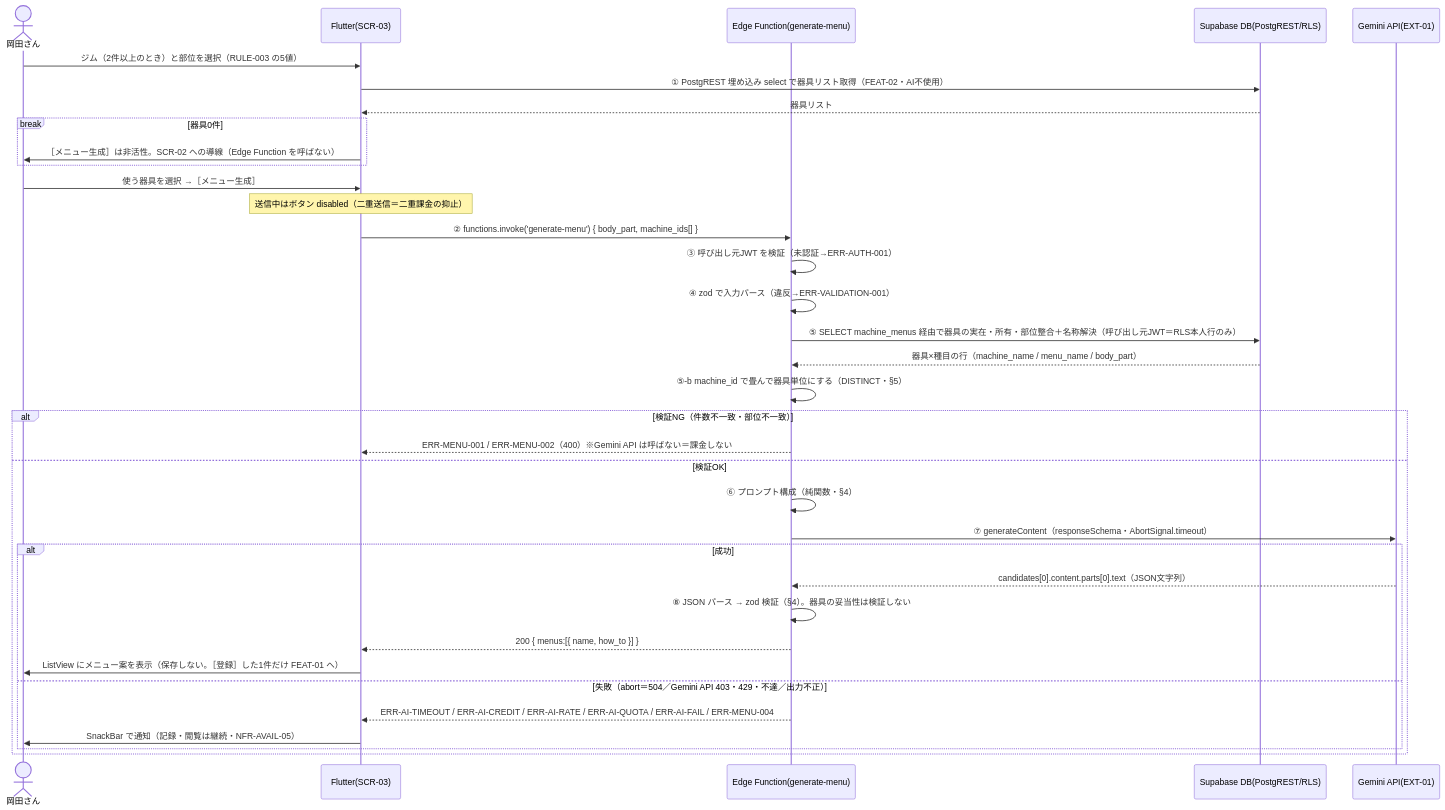
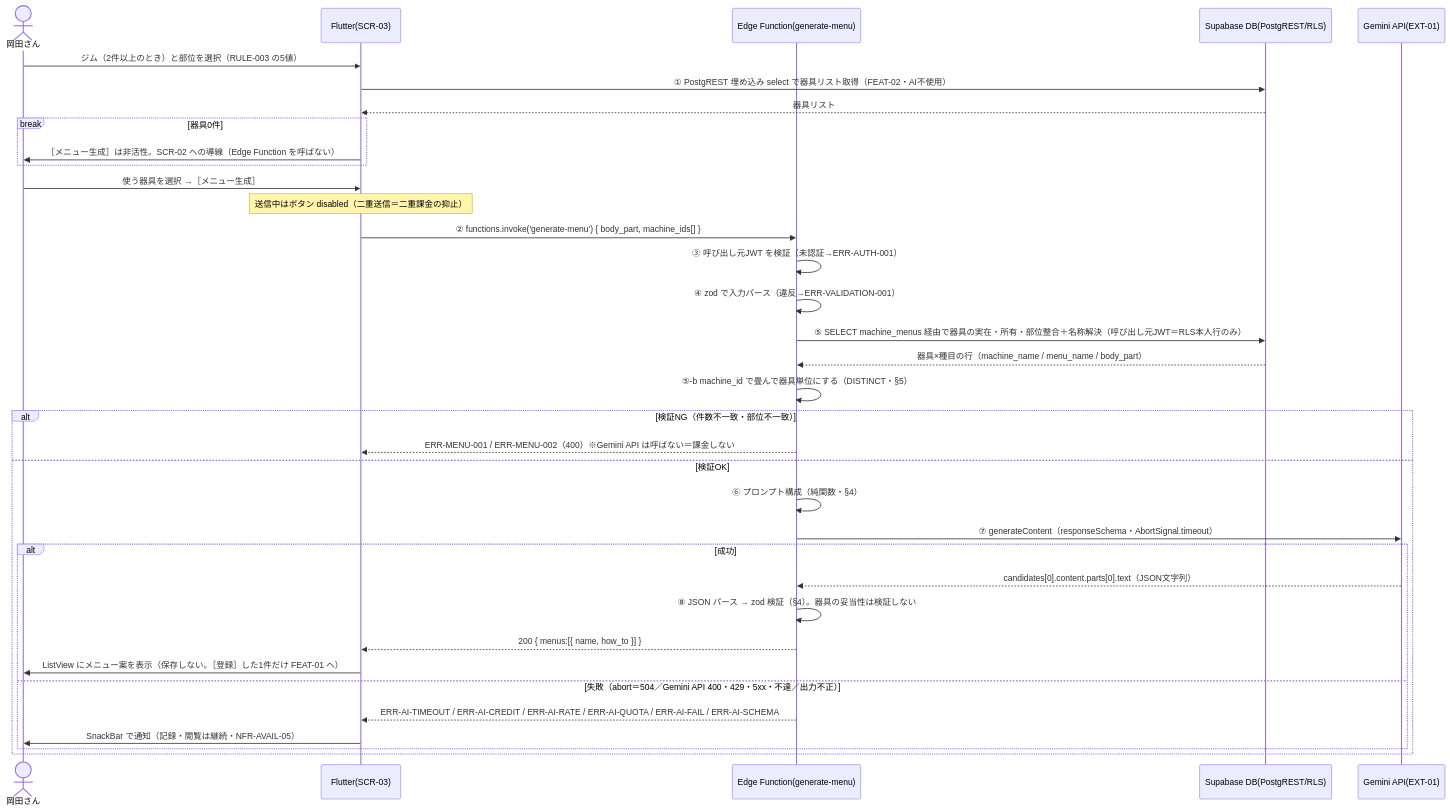
The diagram in docs/02_設計/50_詳細設計/08_機能別詳細設計/FEAT-03_AIメニュー提案.md (k-okada51/okada-fit), drawn with Mermaid before and after one commit. The commit also changed other lines of this file and 14 other files, not shown here.

````diff
--- a/docs/02_設計/50_詳細設計/08_機能別詳細設計/FEAT-03_AIメニュー提案.md
+++ b/docs/02_設計/50_詳細設計/08_機能別詳細設計/FEAT-03_AIメニュー提案.md
@@ -76,39 +76,39 @@
 ```mermaid
 sequenceDiagram
   actor U as 岡田さん
   participant F as Flutter(SCR-03)
   participant E as Edge Function(generate-menu)
   participant D as Supabase DB(PostgREST/RLS)
   participant G as Gemini API(EXT-01)
 
   U->>F: ジム（2件以上のとき）と部位を選択（RULE-003 の5値）
   F->>D: ① PostgREST 埋め込み select で器具リスト取得（FEAT-02・AI不使用）
   D-->>F: 器具リスト
   break 器具0件
     F->>U: ［メニュー生成］は非活性。SCR-02 への導線（Edge Function を呼ばない）
   end
   U->>F: 使う器具を選択 →［メニュー生成］
   Note over F: 送信中はボタン disabled（二重送信＝二重課金の抑止）
   F->>E: ② functions.invoke('generate-menu') { body_part, machine_ids[] }
 
   E->>E: ③ 呼び出し元JWT を検証（未認証→ERR-AUTH-001）
   E->>E: ④ zod で入力パース（違反→ERR-VALIDATION-001）
   E->>D: ⑤ SELECT machine_menus 経由で器具の実在・所有・部位整合＋名称解決（呼び出し元JWT＝RLS本人行のみ）
   D-->>E: 器具×種目の行（machine_name / menu_name / body_part）
   E->>E: ⑤-b machine_id で畳んで器具単位にする（DISTINCT・§5）
   alt 検証NG（件数不一致・部位不一致）
     E-->>F: ERR-MENU-001 / ERR-MENU-002（400）※Gemini API は呼ばない＝課金しない
   else 検証OK
     E->>E: ⑥ プロンプト構成（純関数・§4）
     E->>G: ⑦ generateContent（responseSchema・AbortSignal.timeout）
     alt 成功
       G-->>E: candidates[0].content.parts[0].text（JSON文字列）
       E->>E: ⑧ JSON パース → zod 検証（§4）。器具の妥当性は検証しない
       E-->>F: 200 { menus:[{ name, how_to }] }
       F->>U: ListView にメニュー案を表示（保存しない。［登録］した1件だけ FEAT-01 へ）
-    else 失敗（abort＝504／Gemini API 403・429・不達／出力不正）
-      E-->>F: ERR-AI-TIMEOUT / ERR-AI-CREDIT / ERR-AI-RATE / ERR-AI-QUOTA / ERR-AI-FAIL / ERR-MENU-004
+    else 失敗（abort＝504／Gemini API 400・429・5xx・不達／出力不正）
+      E-->>F: ERR-AI-TIMEOUT / ERR-AI-CREDIT / ERR-AI-RATE / ERR-AI-QUOTA / ERR-AI-FAIL / ERR-AI-SCHEMA
       F->>U: SnackBar で通知（記録・閲覧は継続・NFR-AVAIL-05）
     end
   end
 ```
````
